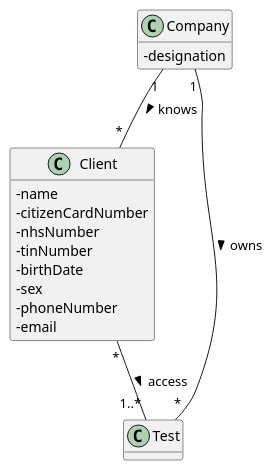
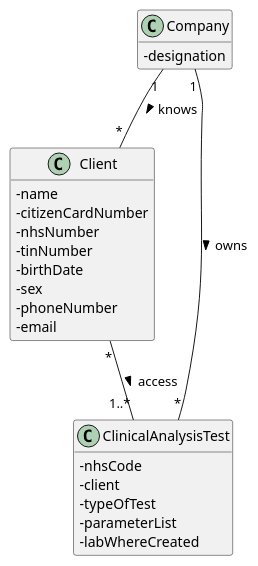
One commit to GuilhermeCunha79/lapr2 changed the diagram in docs/SprintD/US1/US1_MD.puml. Above: the diagram before and after it, drawn with PlantUML. The commit also changed 9 other files, not shown here.

Commit message:
[US4] Update SVG diagrams

```diff
--- a/docs/SprintD/US1/US1_MD.puml
+++ b/docs/SprintD/US1/US1_MD.puml
@@ -1,28 +1,32 @@
 @startuml
 'https://plantuml.com/use-case-diagram
 hide methods
 skinparam classAttributeIconSize 0
 
 class Company{
 -designation
 }
 
 class Client {
 -name
 -citizenCardNumber
 -nhsNumber
 -tinNumber
 -birthDate
 -sex
 -phoneNumber
 -email
 }
 
-class Test {
-
+class ClinicalAnalysisTest {
+- nhsCode
+- client
+- typeOfTest
+- parameterList
+- labWhereCreated
 
 }
 Company"1" -- "*"Client :> knows
-Client"*" -- "1..*" Test :> access
-Company "1" -- "*" Test :> owns
+Client"*" -- "1..*" ClinicalAnalysisTest :> access
+Company "1" -- "*" ClinicalAnalysisTest :> owns
 @enduml
```
